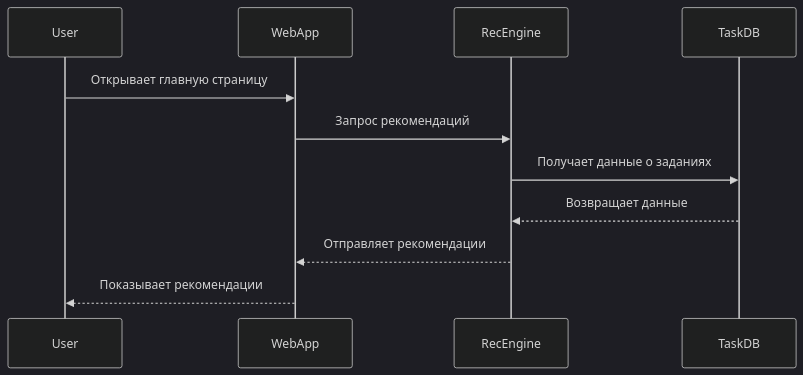
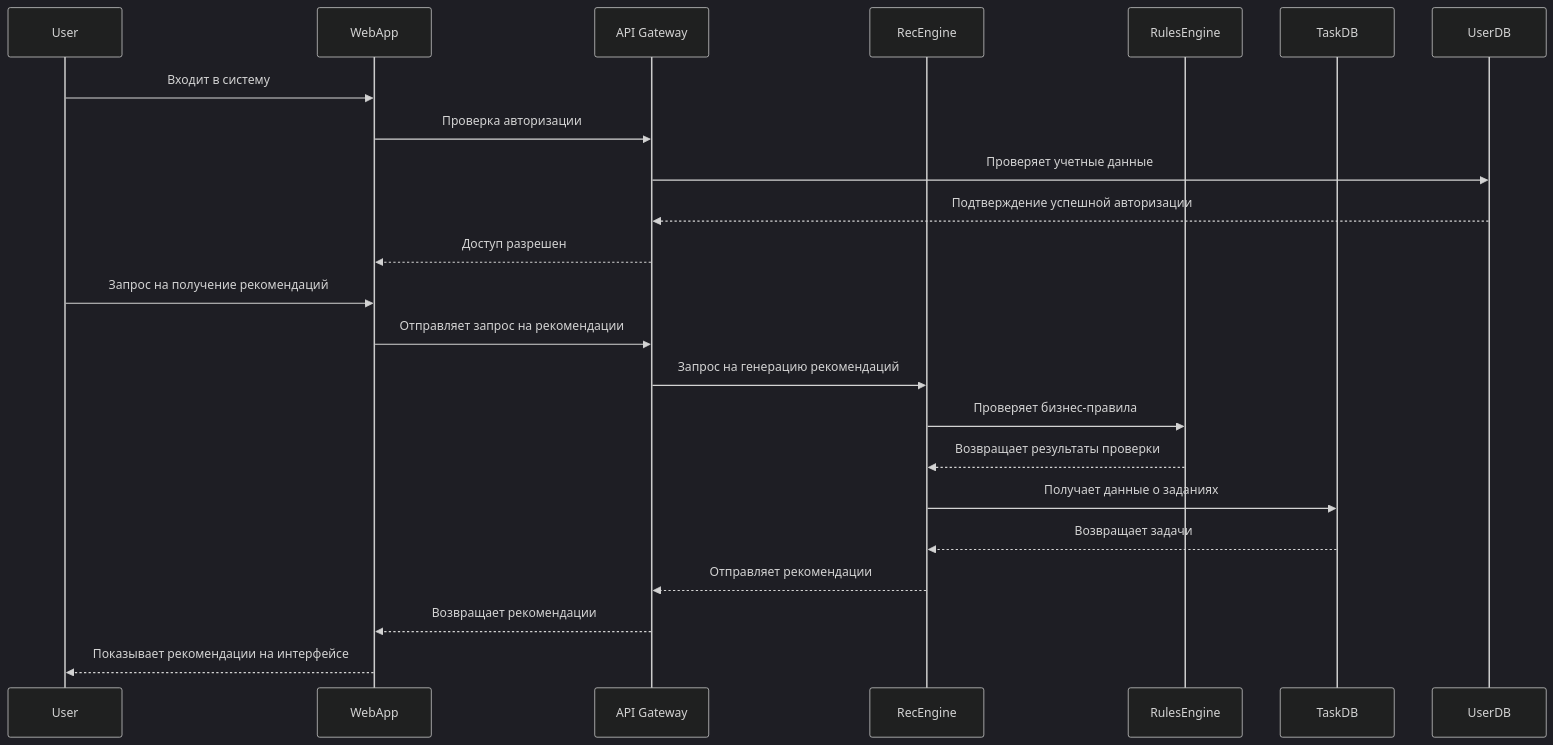
Before and after one commit to acrid122/12pkss: the second of 4 diagrams in README.md, drawn with Mermaid (dark theme).

````diff
--- a/README.md
+++ b/README.md
@@ -31,14 +31,27 @@
 ```mermaid
 sequenceDiagram
   participant User
   participant WebApp
+  participant API Gateway
   participant RecEngine
+  participant RulesEngine
   participant TaskDB
+  participant UserDB
   
-  User->>WebApp: Открывает главную страницу
-  WebApp->>RecEngine: Запрос рекомендаций
+  User->>WebApp: Входит в систему
+  WebApp->>API Gateway: Проверка авторизации
+  API Gateway->>UserDB: Проверяет учетные данные
+  UserDB-->>API Gateway: Подтверждение успешной авторизации
+  API Gateway-->>WebApp: Доступ разрешен
+  
+  User->>WebApp: Запрос на получение рекомендаций
+  WebApp->>API Gateway: Отправляет запрос на рекомендации
+  API Gateway->>RecEngine: Запрос на генерацию рекомендаций
+  RecEngine->>RulesEngine: Проверяет бизнес-правила
+  RulesEngine-->>RecEngine: Возвращает результаты проверки
   RecEngine->>TaskDB: Получает данные о заданиях
-  TaskDB-->>RecEngine: Возвращает данные
-  RecEngine-->>WebApp: Отправляет рекомендации
-  WebApp-->>User: Показывает рекомендации
+  TaskDB-->>RecEngine: Возвращает задачи
+  RecEngine-->>API Gateway: Отправляет рекомендации
+  API Gateway-->>WebApp: Возвращает рекомендации
+  WebApp-->>User: Показывает рекомендации на интерфейсе
 ```
````
